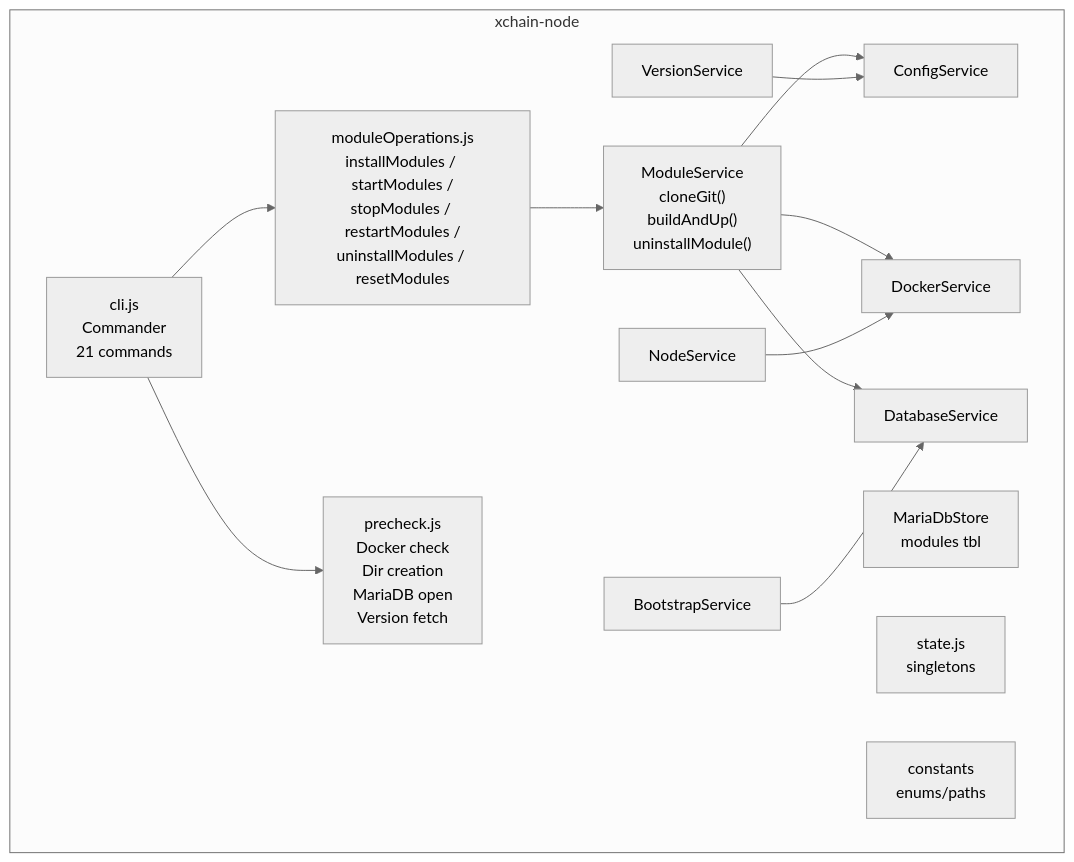
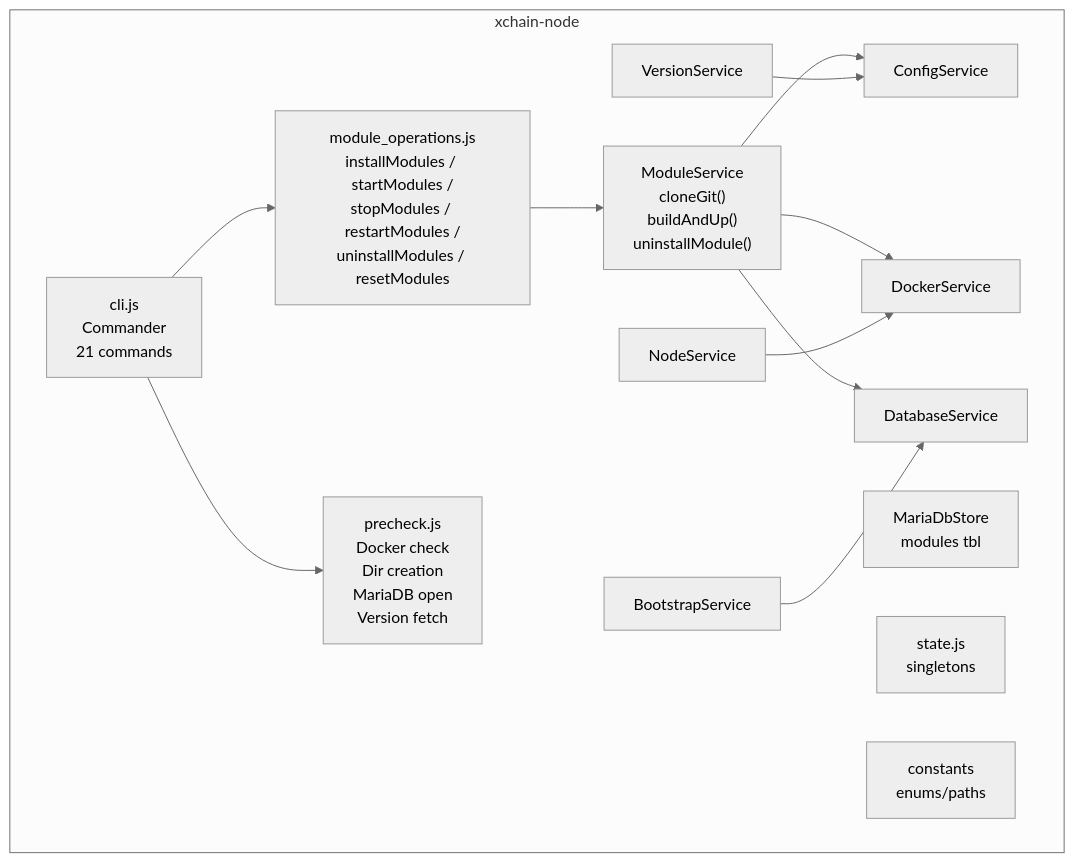
The second of 4 diagrams in components/node/architecture.md (XChain-Platform/xchain-documentation), drawn with Mermaid (neutral theme) before and after one commit. The commit also changed other lines of this file and 4 other files, not shown here.

````diff
--- a/components/node/architecture.md
+++ b/components/node/architecture.md
@@ -36,28 +36,28 @@
 ```mermaid
 flowchart TD
     subgraph NODEBOX["xchain-node"]
         CLI["cli.js<br>Commander<br>21 commands"]
-        MODOPS["moduleOperations.js<br>installModules / startModules /<br>stopModules / restartModules /<br>uninstallModules / resetModules"]
+        MODOPS["module_operations.js<br>installModules / startModules /<br>stopModules / restartModules /<br>uninstallModules / resetModules"]
         PRECHECK["precheck.js<br>Docker check<br>Dir creation<br>MariaDB open<br>Version fetch"]
         MODSVC["ModuleService<br>cloneGit()<br>buildAndUp()<br>uninstallModule()"]
         CONFIGSVC["ConfigService"]
         DOCKERSVC["DockerService"]
         DBSVC["DatabaseService"]
         VERSIONSVC["VersionService"]
         NODESVC["NodeService"]
         BOOTSTRAPSVC["BootstrapService"]
         MARIADBSTORE["MariaDbStore<br>modules tbl"]
         STATEJS["state.js<br>singletons"]
         CONSTANTS["constants<br>enums/paths"]
 
         CLI --> MODOPS
         CLI --> PRECHECK
         MODOPS --> MODSVC
         MODSVC --> CONFIGSVC
         MODSVC --> DOCKERSVC
         MODSVC --> DBSVC
         VERSIONSVC --> CONFIGSVC
         NODESVC --> DOCKERSVC
         BOOTSTRAPSVC --> DBSVC
     end
 ```
````
